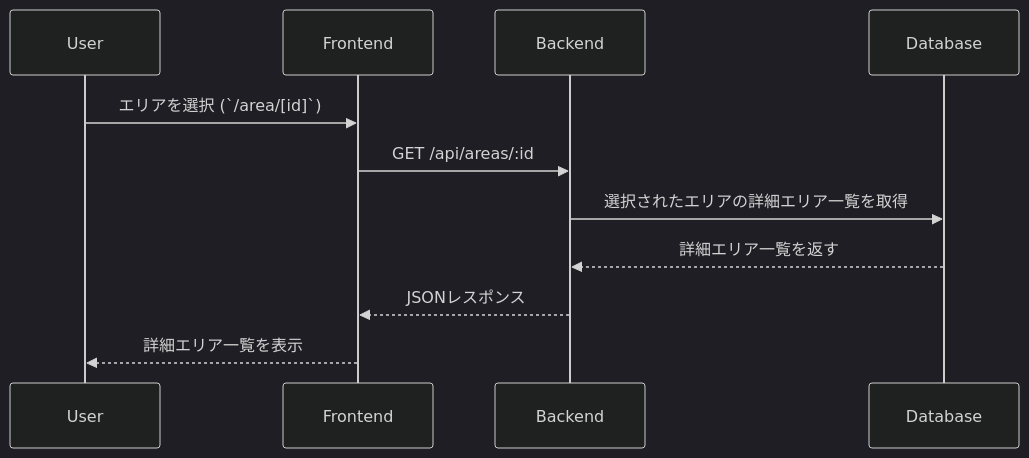
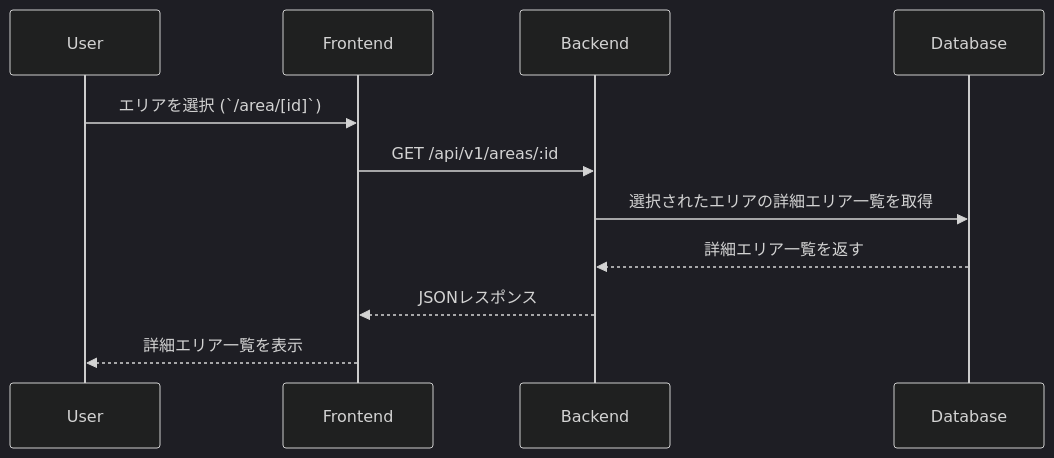
One commit to muranakaaa/secoma-record changed the sixth of 8 diagrams in README.md. Above: the diagram before and after it, drawn with Mermaid (dark theme). The commit also changed other lines of this file, not shown here.

````diff
--- a/README.md
+++ b/README.md
@@ -220,14 +220,14 @@
 ```mermaid
 sequenceDiagram
     participant User
     participant Frontend
     participant Backend
     participant Database
 
     User->>Frontend: エリアを選択 (`/area/[id]`)
-    Frontend->>Backend: GET /api/areas/:id
+    Frontend->>Backend: GET /api/v1/areas/:id
     Backend->>Database: 選択されたエリアの詳細エリア一覧を取得
     Database-->>Backend: 詳細エリア一覧を返す
     Backend-->>Frontend: JSONレスポンス
     Frontend-->>User: 詳細エリア一覧を表示
 ```
````
